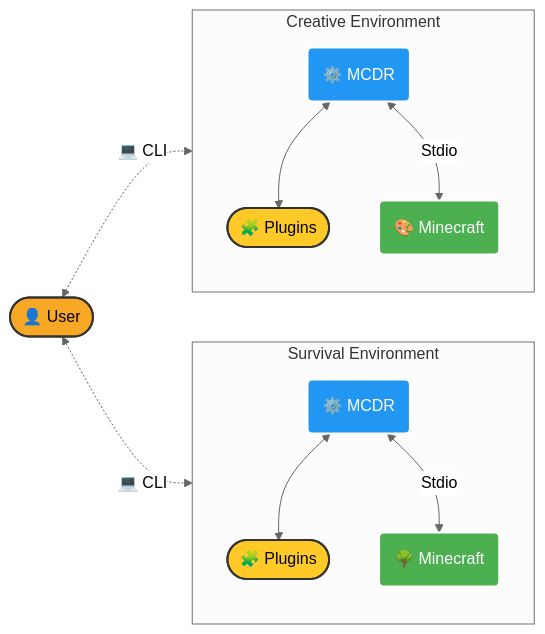
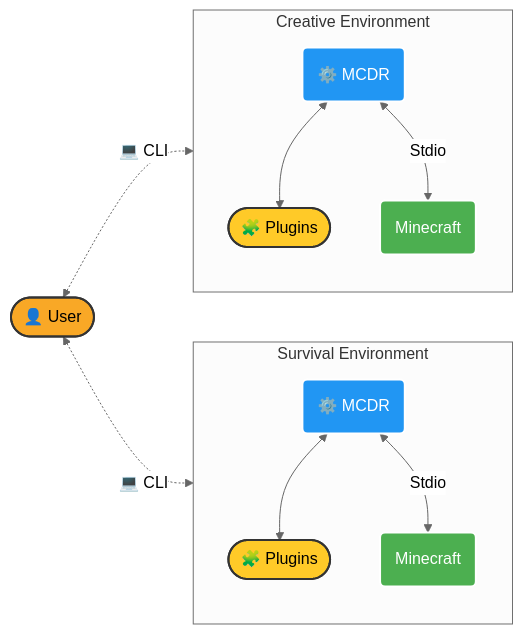
Before and after one commit to 1attila/test: the second of 2 diagrams in README.md, drawn with Mermaid (neutral theme). The commit also changed other lines of this file, not shown here.

````diff
--- a/README.md
+++ b/README.md
@@ -115,36 +122,36 @@
 ```mermaid
 flowchart LR
     %% Colors and Styles
     classDef user fill:#f9a826,stroke:#333,stroke-width:2px,color:#000;
     classDef mcdr fill:#2196f3,stroke:#fff,stroke-width:2px,color:#fff;
     classDef plugin fill:#ffca28,stroke:#333,stroke-width:2px,color:#000;
     classDef mc fill:#4caf50,stroke:#fff,stroke-width:2px,color:#fff;
 
     U([👤 User]):::user
 
     subgraph Env1["Survival Environment"]
         direction TB
 
         M1(⚙️ MCDR):::mcdr
         P1([🧩 Plugins]):::plugin
-        S1(🌳 Minecraft):::mc
+        S1(Minecraft):::mc
         
         M1 <--> P1
         M1 <-->|Stdio| S1
     end
 
     subgraph Env2 ["Creative Environment"]
         direction TB
 
         M2(⚙️ MCDR):::mcdr
         P2([🧩 Plugins]):::plugin
-        S2(🎨 Minecraft):::mc
+        S2(Minecraft):::mc
         
         M2 <--> P2
         M2 <-->|Stdio| S2
     end
 
     %% User Interaction
     U <-.->|💻 CLI| M1
     U <-.->|💻 CLI| M2
 ```
````
